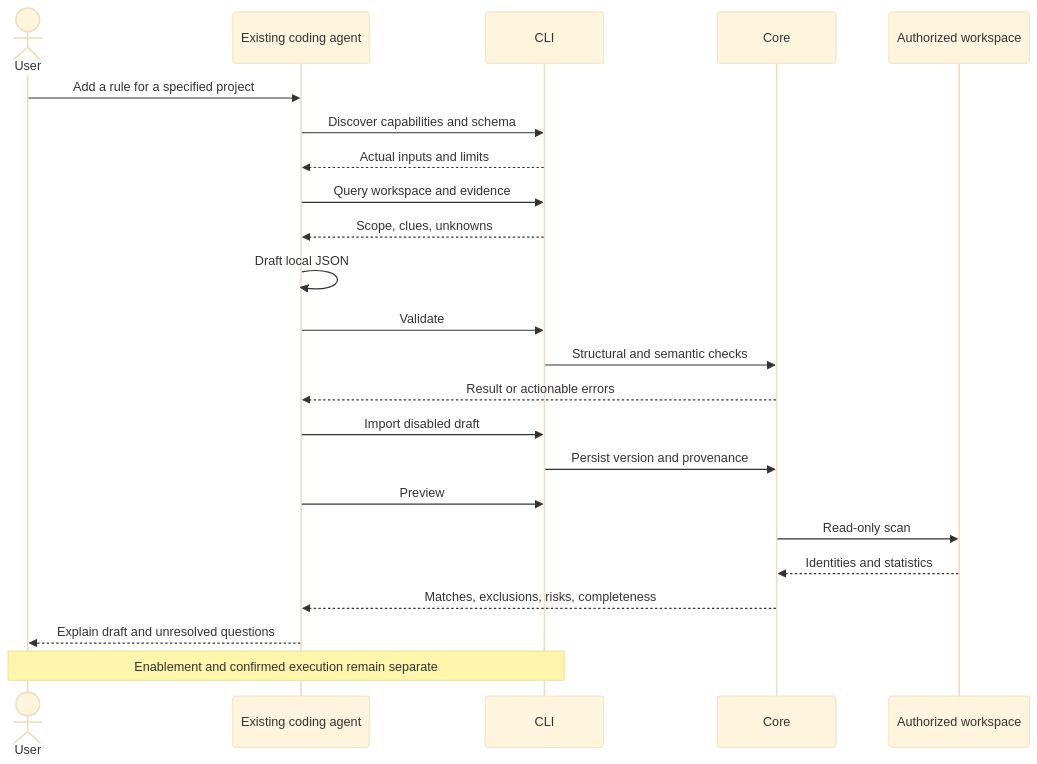
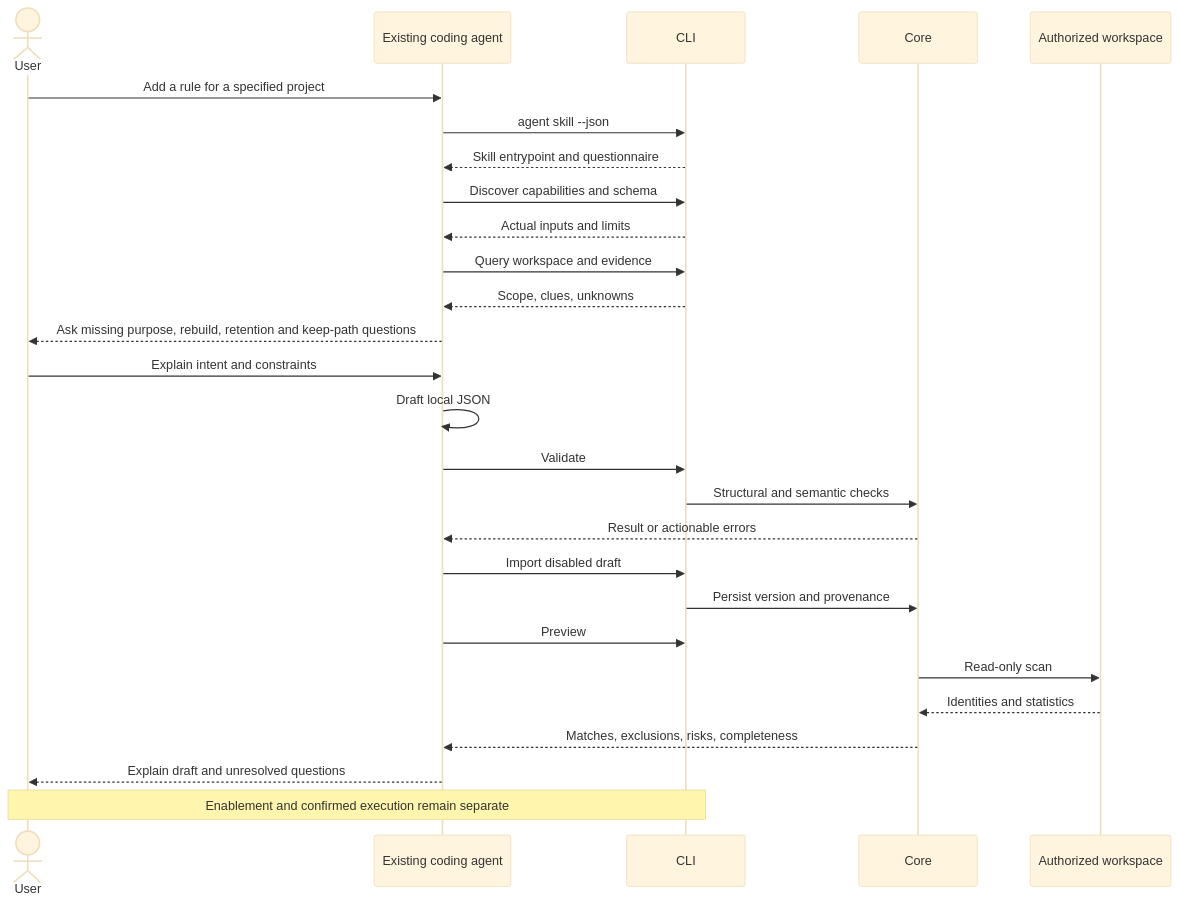
One commit to limecloud/shou changed the first of 2 diagrams in docs/ai/coding-agent-integration.md. Above: the diagram before and after it, drawn with Mermaid (base theme). The commit also changed other lines of this file and 99 other files, not shown here.

````diff
--- a/docs/ai/coding-agent-integration.md
+++ b/docs/ai/coding-agent-integration.md
@@ -29,25 +44,29 @@
 ```mermaid
 sequenceDiagram
     actor User
     participant Agent as Existing coding agent
     participant CLI
     participant Core
     participant FS as Authorized workspace
     User->>Agent: Add a rule for a specified project
+    Agent->>CLI: agent skill --json
+    CLI-->>Agent: Skill entrypoint and questionnaire
     Agent->>CLI: Discover capabilities and schema
     CLI-->>Agent: Actual inputs and limits
     Agent->>CLI: Query workspace and evidence
     CLI-->>Agent: Scope, clues, unknowns
+    Agent-->>User: Ask missing purpose, rebuild, retention and keep-path questions
+    User->>Agent: Explain intent and constraints
     Agent->>Agent: Draft local JSON
     Agent->>CLI: Validate
     CLI->>Core: Structural and semantic checks
     Core-->>Agent: Result or actionable errors
     Agent->>CLI: Import disabled draft
     CLI->>Core: Persist version and provenance
     Agent->>CLI: Preview
     Core->>FS: Read-only scan
     FS-->>Core: Identities and statistics
     Core-->>Agent: Matches, exclusions, risks, completeness
     Agent-->>User: Explain draft and unresolved questions
     Note over User,CLI: Enablement and confirmed execution remain separate
 ```
````
